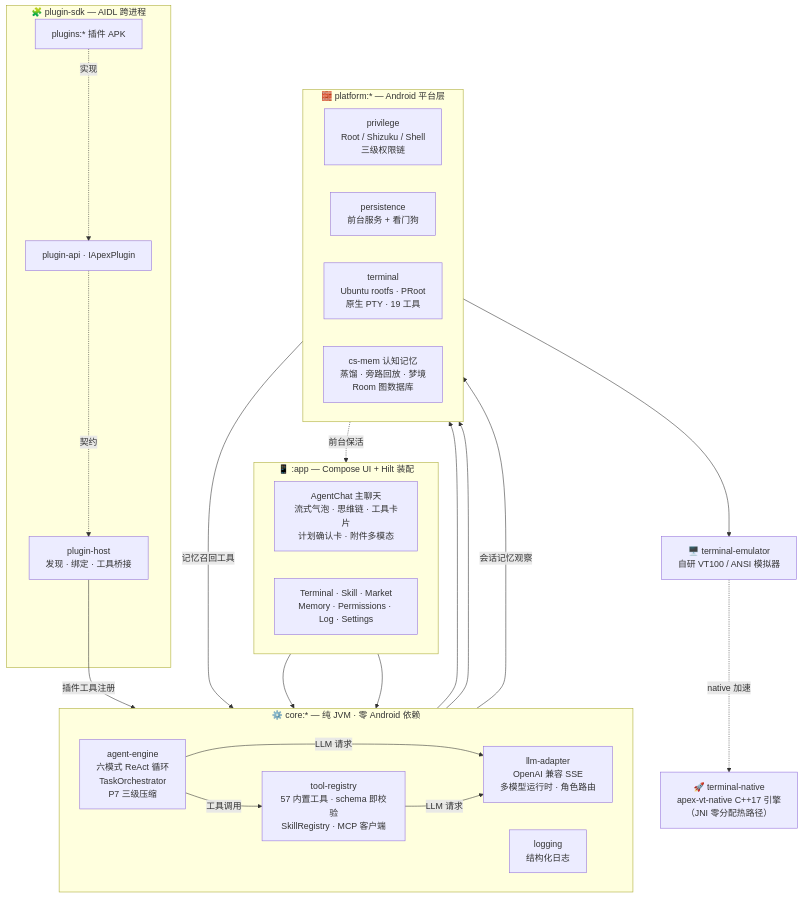
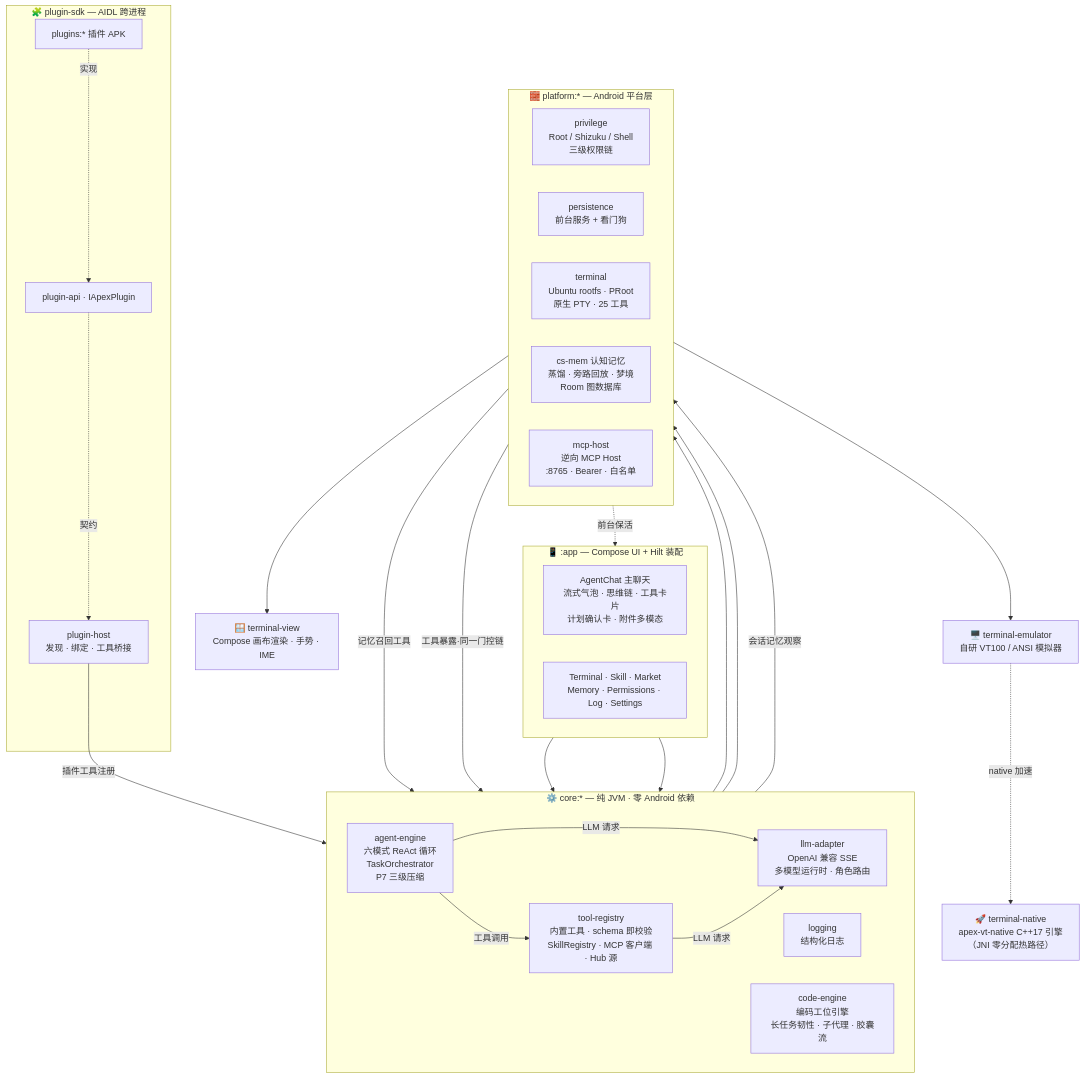
The first of 5 diagrams in README.md (AceGuru-bjx/Android-Guru-Agent), drawn with Mermaid before and after one commit. The commit also changed other lines of this file, not shown here.

````diff
--- a/README.md
+++ b/README.md
@@ -256,49 +256,54 @@
 ```mermaid
 flowchart TB
     subgraph APP["📱 :app — Compose UI + Hilt 装配"]
         direction LR
         CHAT["AgentChat 主聊天<br/>流式气泡 · 思维链 · 工具卡片<br/>计划确认卡 · 附件多模态"]
         SCREENS["Terminal · Skill · Market<br/>Memory · Permissions · Log · Settings"]
     end
 
     subgraph CORE["⚙️ core:* — 纯 JVM · 零 Android 依赖"]
         direction LR
         ENGINE["agent-engine<br/>六模式 ReAct 循环<br/>TaskOrchestrator<br/>P7 三级压缩"]
-        TOOLS["tool-registry<br/>57 内置工具 · schema 即校验<br/>SkillRegistry · MCP 客户端"]
+        TOOLS["tool-registry<br/>内置工具 · schema 即校验<br/>SkillRegistry · MCP 客户端 · Hub 源"]
         LLM["llm-adapter<br/>OpenAI 兼容 SSE<br/>多模型运行时 · 角色路由"]
         LOGC["logging<br/>结构化日志"]
+        CODEENG["code-engine<br/>编码工位引擎<br/>长任务韧性 · 子代理 · 胶囊流"]
     end
 
     subgraph PLAT["🧱 platform:* — Android 平台层"]
         direction LR
         PRIV["privilege<br/>Root / Shizuku / Shell<br/>三级权限链"]
         PERSIST["persistence<br/>前台服务 + 看门狗"]
-        TERM["terminal<br/>Ubuntu rootfs · PRoot<br/>原生 PTY · 19 工具"]
+        TERM["terminal<br/>Ubuntu rootfs · PRoot<br/>原生 PTY · 25 工具"]
         CSMEM["cs-mem 认知记忆<br/>蒸馏 · 旁路回放 · 梦境<br/>Room 图数据库"]
+        MCPH["mcp-host<br/>逆向 MCP Host<br/>:8765 · Bearer · 白名单"]
     end
 
     VTE["🖥️ terminal-emulator<br/>自研 VT100 / ANSI 模拟器"]
     VTN["🚀 terminal-native<br/>apex-vt-native C++17 引擎<br/>（JNI 零分配热路径）"]
+    TVW["🪟 terminal-view<br/>Compose 画布渲染 · 手势 · IME"]
 
     subgraph PLUG["🧩 plugin-sdk — AIDL 跨进程"]
         PAPI["plugin-api · IApexPlugin"]
         PHOST["plugin-host<br/>发现 · 绑定 · 工具桥接"]
         PLUGINS["plugins:* 插件 APK"]
     end
 
     CHAT --> ENGINE
     SCREENS --> ENGINE
     ENGINE -->|工具调用| TOOLS
     ENGINE -->|LLM 请求| LLM
     TOOLS -->|LLM 请求| LLM
     TOOLS --> PRIV
     TOOLS --> TERM
     CSMEM -->|记忆召回工具| TOOLS
     ENGINE -->|会话记忆观察| CSMEM
     TERM --> VTE
     VTE -.native 加速.-> VTN
+    TERM --> TVW
+    MCPH -->|工具暴露·同一门控链| TOOLS
     PHOST -->|插件工具注册| TOOLS
     PERSIST -.前台保活.-> APP
     PAPI -.契约.-> PHOST
     PLUGINS -.实现.-> PAPI
 ```
````
